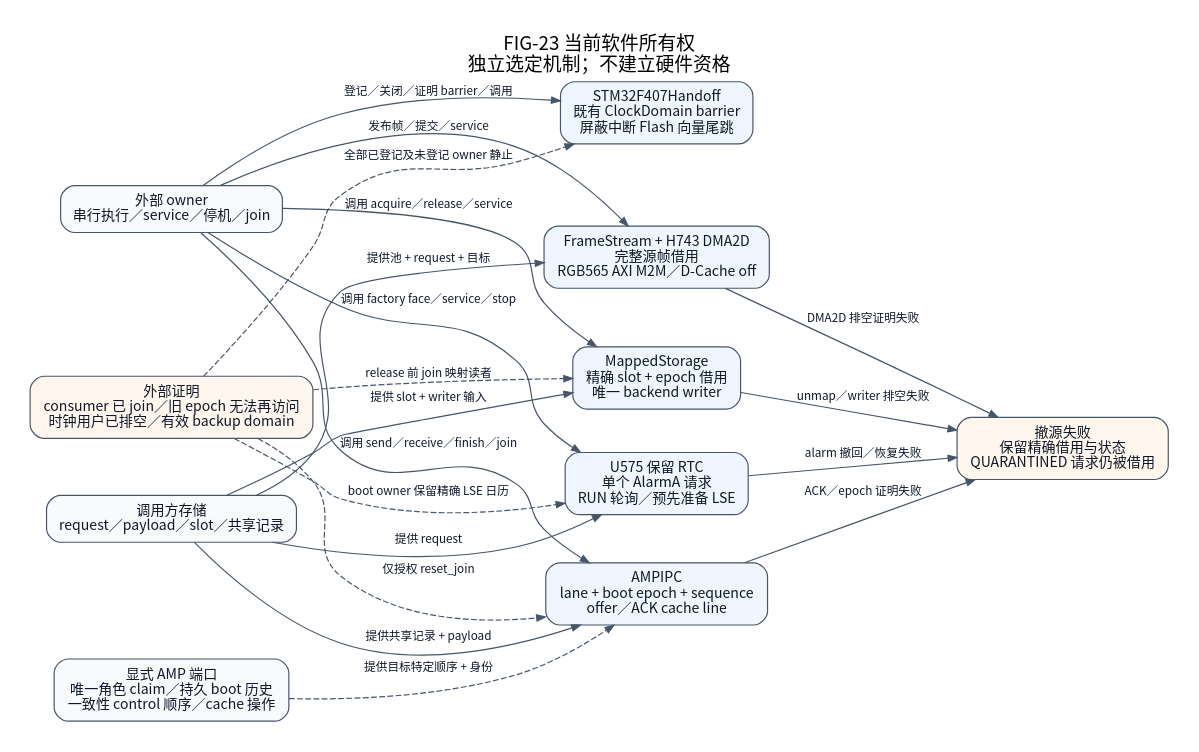
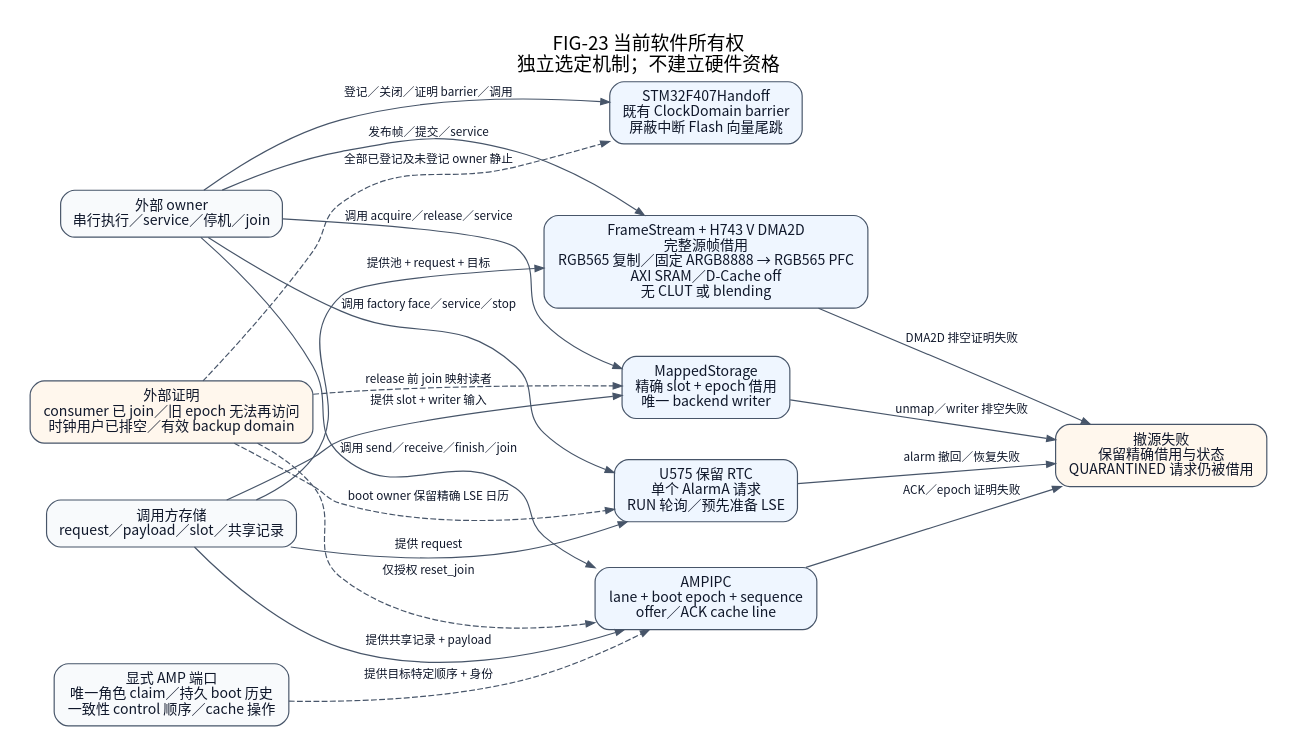
Before and after one commit to X-Gen-Lab/nexus: the diagram in docs/assets/diagrams/localized/zh_CN/io-extension-ownership.dot, drawn with Graphviz. The commit also changed 39 other files, not shown here.

```diff
--- a/docs/assets/diagrams/localized/zh_CN/io-extension-ownership.dot
+++ b/docs/assets/diagrams/localized/zh_CN/io-extension-ownership.dot
@@ -1,41 +1,41 @@
 // FIG-23 current bounded software mechanisms, independently selected.
 // Source contracts: docs/design/io-extension-boundaries.md and linked headers.
 // Every arrow names calls, supplied storage or required external proof.
 digraph ioExtensionOwnership {
     graph [label="FIG-23 当前软件所有权\n独立选定机制；不建立硬件资格",
            rankdir=LR, labelloc=t, fontname="Noto Sans CJK SC", fontsize=16,
            bgcolor="white", pad=0.25, nodesep=0.35, ranksep=0.65];
     node [shape=box, style="rounded,filled", fillcolor="#eff6ff",
           color="#475569", fontcolor="#0f172a", fontname="Noto Sans CJK SC",
           fontsize=12, margin="0.14,0.10"];
     edge [color="#475569", fontcolor="#0f172a",
           fontname="Noto Sans CJK SC", fontsize=10, arrowsize=0.75];
     app [label="外部 owner\n串行执行／service／停机／join", fillcolor="#f8fafc"];
     mapped [label="MappedStorage\n精确 slot + epoch 借用\n唯一 backend writer"];
     amp [label="AMPIPC\nlane + boot epoch + sequence\noffer／ACK cache line"];
     handoff [label="STM32F407Handoff\n既有 ClockDomain barrier\n屏蔽中断 Flash 向量尾跳"];
     rtc [label="U575 保留 RTC\n单个 AlarmA 请求\nRUN 轮询／预先准备 LSE"];
-    frame [label="FrameStream + H743 DMA2D\n完整源帧借用\nRGB565 AXI M2M／D-Cache off"];
+    frame [label="FrameStream + H743 V DMA2D\n完整源帧借用\nRGB565 复制／固定 ARGB8888 → RGB565 PFC\nAXI SRAM／D-Cache off\n无 CLUT 或 blending"];
     storage [label="调用方存储\nrequest／payload／slot／共享记录", fillcolor="#f8fafc"];
     proof [label="外部证明\nconsumer 已 join／旧 epoch 无法再访问\n时钟用户已排空／有效 backup domain", fillcolor="#fff7ed"];
     ports [label="显式 AMP 端口\n唯一角色 claim／持久 boot 历史\n一致性 control 顺序／cache 操作", fillcolor="#f8fafc"];
     held [label="撤源失败\n保留精确借用与状态\nQUARANTINED 请求仍被借用", fillcolor="#fff7ed"];
     app -> mapped [label="调用 acquire／release／service"];
     app -> amp [label="调用 send／receive／finish／join"];
     app -> handoff [label="登记／关闭／证明 barrier／调用"];
     app -> rtc [label="调用 factory face／service／stop"];
     app -> frame [label="发布帧／提交／service"];
     storage -> mapped [label="提供 slot + writer 输入"];
     storage -> amp [label="提供共享记录 + payload"];
     storage -> rtc [label="提供 request"];
     storage -> frame [label="提供池 + request + 目标"];
     proof -> mapped [label="release 前 join 映射读者", style=dashed];
     proof -> amp [label="仅授权 reset_join", style=dashed];
     ports -> amp [label="提供目标特定顺序 + 身份", style=dashed];
     proof -> handoff [label="全部已登记及未登记 owner 静止", style=dashed];
     proof -> rtc [label="boot owner 保留精确 LSE 日历", style=dashed];
     mapped -> held [label="unmap／writer 排空失败"];
     amp -> held [label="ACK／epoch 证明失败"];
     rtc -> held [label="alarm 撤回／恢复失败"];
     frame -> held [label="DMA2D 排空证明失败"];
 }
```
